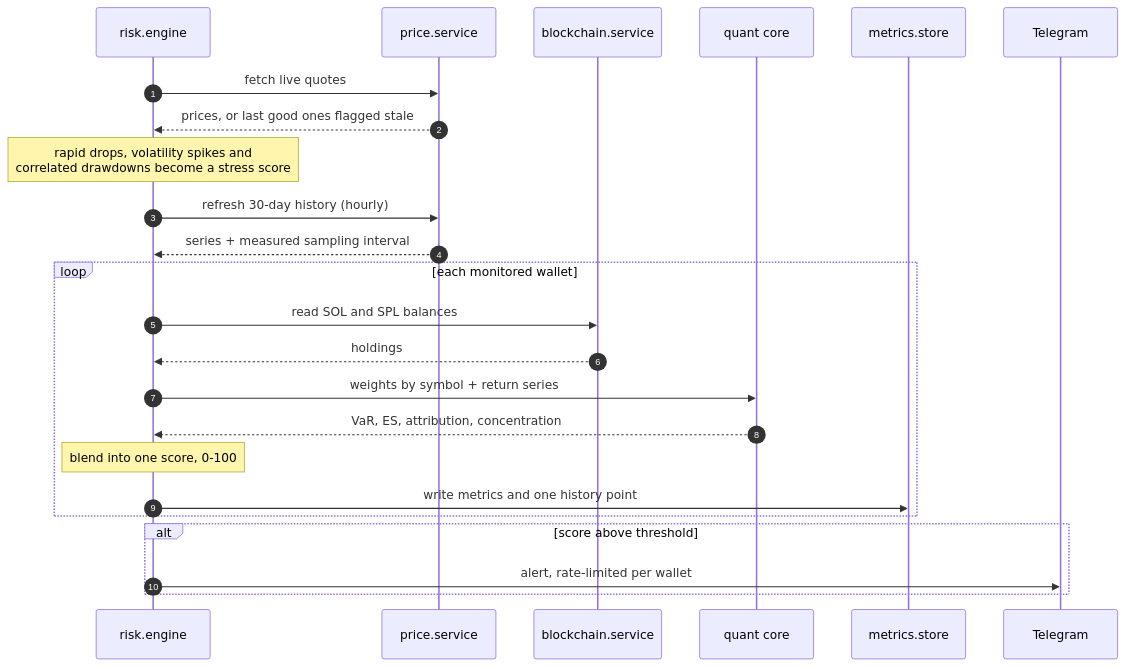
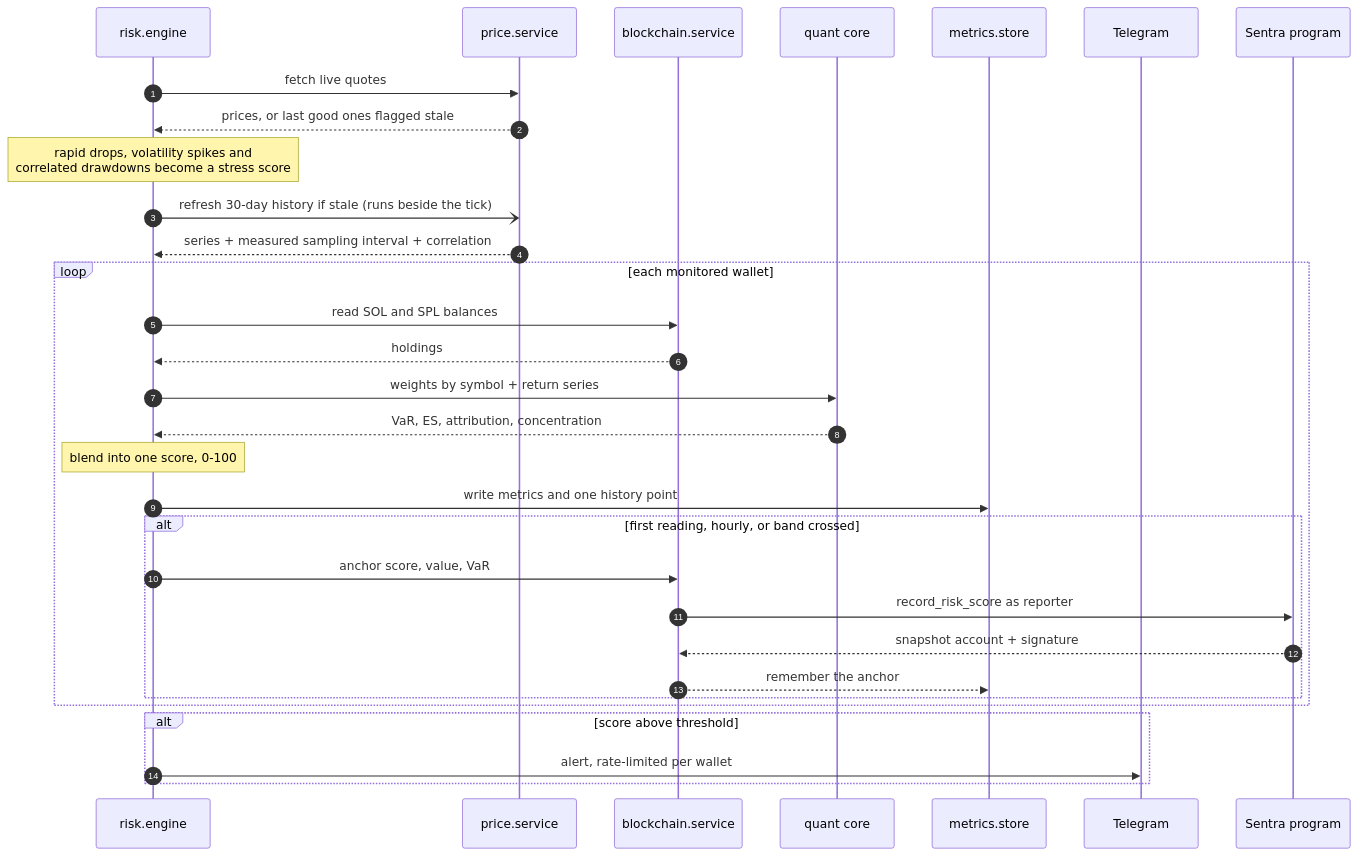
Before and after one commit to Abhist17/sentra: the second of 3 diagrams in README.md, drawn with Mermaid. The commit also changed other lines of this file and 4 other files, not shown here.

````diff
--- a/README.md
+++ b/README.md
@@ -318,29 +453,36 @@
 ```mermaid
 sequenceDiagram
     autonumber
     participant T as risk.engine
     participant P as price.service
     participant C as blockchain.service
     participant Q as quant core
     participant S as metrics.store
     participant A as Telegram
+    participant X as Sentra program
 
     T->>P: fetch live quotes
     P-->>T: prices, or last good ones flagged stale
     Note over T: rapid drops, volatility spikes and<br/>correlated drawdowns become a stress score
-    T->>P: refresh 30-day history (hourly)
-    P-->>T: series + measured sampling interval
+    T-)P: refresh 30-day history if stale (runs beside the tick)
+    P-->>T: series + measured sampling interval + correlation
 
     loop each monitored wallet
         T->>C: read SOL and SPL balances
         C-->>T: holdings
         T->>Q: weights by symbol + return series
         Q-->>T: VaR, ES, attribution, concentration
         Note over T: blend into one score, 0-100
         T->>S: write metrics and one history point
+        alt first reading, hourly, or band crossed
+            T->>C: anchor score, value, VaR
+            C->>X: record_risk_score as reporter
+            X-->>C: snapshot account + signature
+            C-->>S: remember the anchor
+        end
     end
 
     alt score above threshold
         T->>A: alert, rate-limited per wallet
     end
 ```
````
